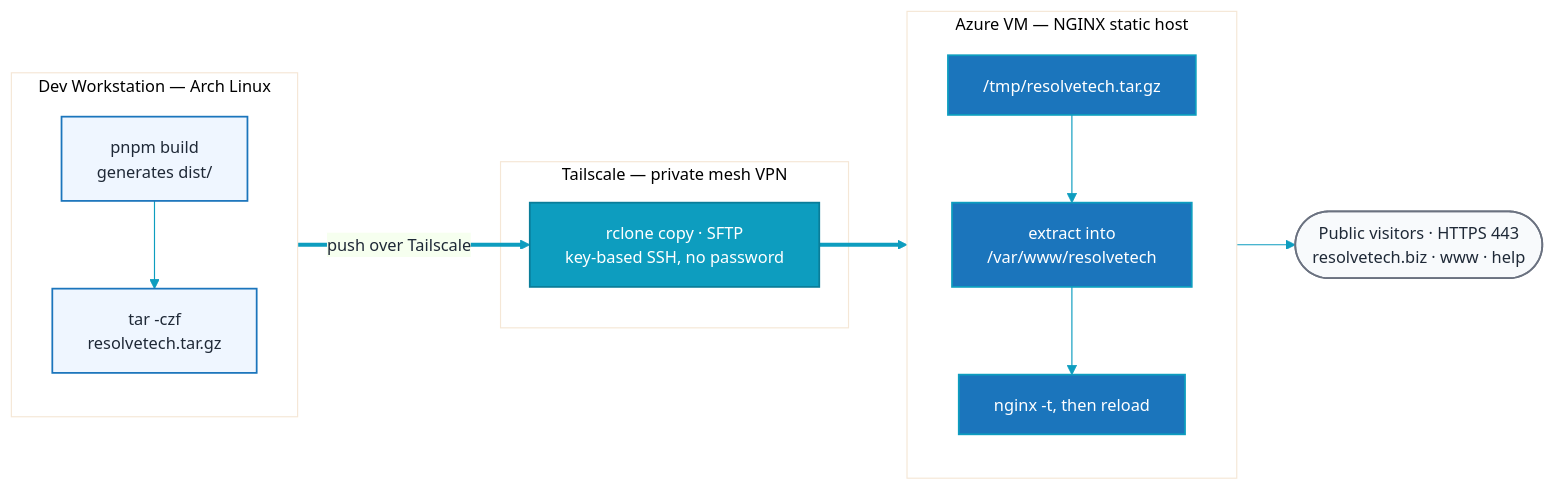
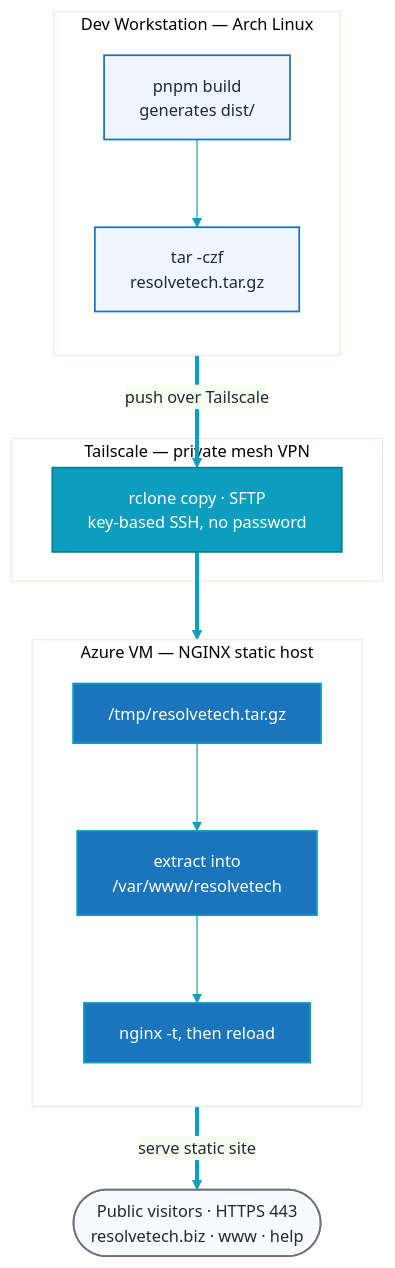
One commit to CK-Technology/resolvetech.biz changed the first of 2 diagrams in docs/deployment.md. Above: the diagram before and after it, drawn with Mermaid. The commit also changed other lines of this file and 1 other file, not shown here.

````diff
--- a/docs/deployment.md
+++ b/docs/deployment.md
@@ -23,33 +23,33 @@
 ```mermaid
 %%{init: {'theme':'base','themeVariables':{'fontFamily':'Inter, system-ui, sans-serif','primaryColor':'#EFF6FF','primaryBorderColor':'#1B75BC','primaryTextColor':'#1F2937','lineColor':'#0D9DBF','fontSize':'14px'}}}%%
-flowchart LR
+flowchart TB
     subgraph WS["Dev Workstation — Arch Linux"]
         direction TB
         BUILD["pnpm build<br/>generates dist/"]:::dev
         ARC["tar -czf<br/>resolvetech.tar.gz"]:::dev
         BUILD --> ARC
     end
 
     subgraph TS["Tailscale — private mesh VPN"]
         RC["rclone copy · SFTP<br/>key-based SSH, no password"]:::edge
     end
 
     subgraph VM["Azure VM — NGINX static host"]
         direction TB
         TMP["/tmp/resolvetech.tar.gz"]:::host
         WWW["extract into<br/>/var/www/resolvetech"]:::host
         RELOAD["nginx -t, then reload"]:::host
         TMP --> WWW --> RELOAD
     end
 
     PUB(["Public visitors · HTTPS 443<br/>resolvetech.biz · www · help"]):::public
 
     ARC ==>|"push over Tailscale"| RC
     RC ==> TMP
-    RELOAD --> PUB
+    RELOAD ==>|"serve static site"| PUB
 
     classDef dev fill:#EFF6FF,stroke:#1B75BC,stroke-width:1.5px,color:#1F2937;
     classDef edge fill:#0D9DBF,stroke:#0A7D99,stroke-width:1.5px,color:#FFFFFF;
     classDef host fill:#1B75BC,stroke:#0D9DBF,stroke-width:1.5px,color:#FFFFFF;
     classDef public fill:#F8FAFC,stroke:#6B7280,stroke-width:1.5px,color:#1F2937;
 ```
````
